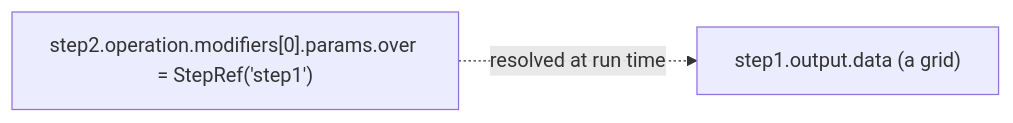
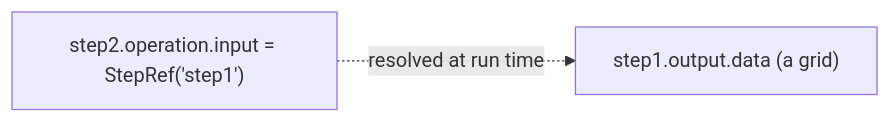
The fourth of 4 diagrams in docs/object-model.md (stusynakowski/simple-steps-core), drawn with Mermaid before and after one commit. The commit also changed other lines of this file and 9 other files, not shown here.

````diff
--- a/docs/object-model.md
+++ b/docs/object-model.md
@@ -240,6 +246,6 @@
 ```mermaid
 flowchart LR
     s1["step1.output.data (a grid)"]
-    s2["step2.operation.modifiers[0].params.over = StepRef('step1')"]
+    s2["step2.operation.input = StepRef('step1')"]
     s2 -. "resolved at run time" .-> s1
 ```
````
